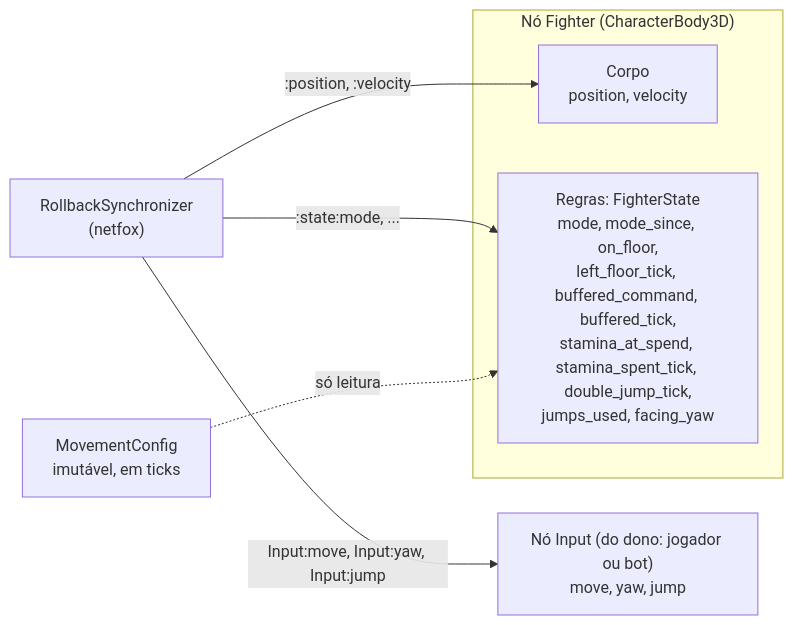
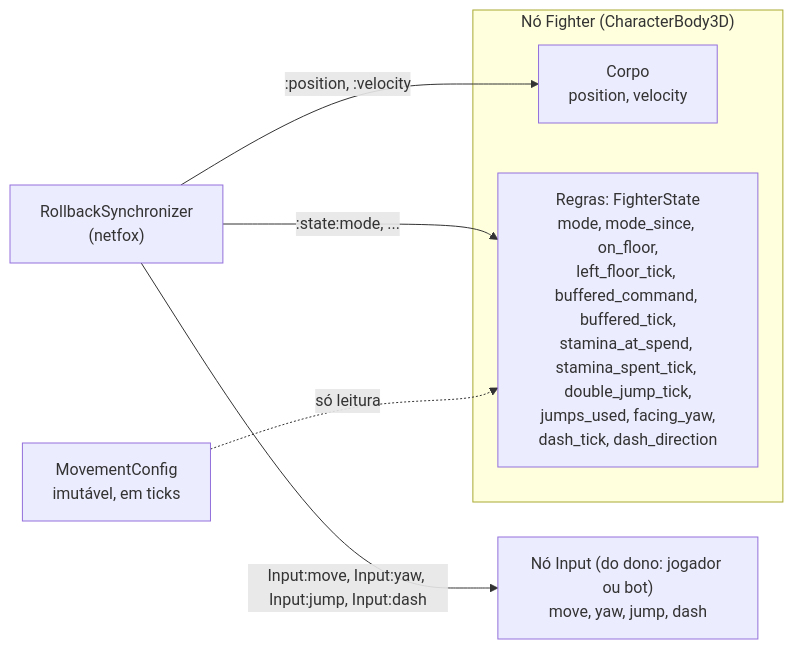
One commit to Kibryant/jogo-acrobatico changed the second of 5 diagrams in docs/arquitetura/visao-geral.md. Above: the diagram before and after it, drawn with Mermaid. The commit also changed other lines of this file and 31 other files, not shown here.

````diff
--- a/docs/arquitetura/visao-geral.md
+++ b/docs/arquitetura/visao-geral.md
@@ -76,14 +76,14 @@
 ```mermaid
 flowchart LR
   subgraph fighter["Nó Fighter (CharacterBody3D)"]
     corpo["Corpo<br/>position, velocity"]
-    regras["Regras: FighterState<br/>mode, mode_since, on_floor,<br/>left_floor_tick, buffered_command, buffered_tick,<br/>stamina_at_spend, stamina_spent_tick, double_jump_tick,<br/>jumps_used, facing_yaw"]
+    regras["Regras: FighterState<br/>mode, mode_since, on_floor,<br/>left_floor_tick, buffered_command, buffered_tick,<br/>stamina_at_spend, stamina_spent_tick, double_jump_tick,<br/>jumps_used, facing_yaw,<br/>dash_tick, dash_direction"]
   end
-  input["Nó Input (do dono: jogador ou bot)<br/>move, yaw, jump"]
+  input["Nó Input (do dono: jogador ou bot)<br/>move, yaw, jump, dash"]
   config["MovementConfig<br/>imutável, em ticks"]
   rbs["RollbackSynchronizer<br/>(netfox)"]
   rbs -- ":position, :velocity" --> corpo
   rbs -- ":state:mode, ..." --> regras
-  rbs -- "Input:move, Input:yaw, Input:jump" --> input
+  rbs -- "Input:move, Input:yaw, Input:jump, Input:dash" --> input
   config -. "só leitura" .-> regras
 ```
````
